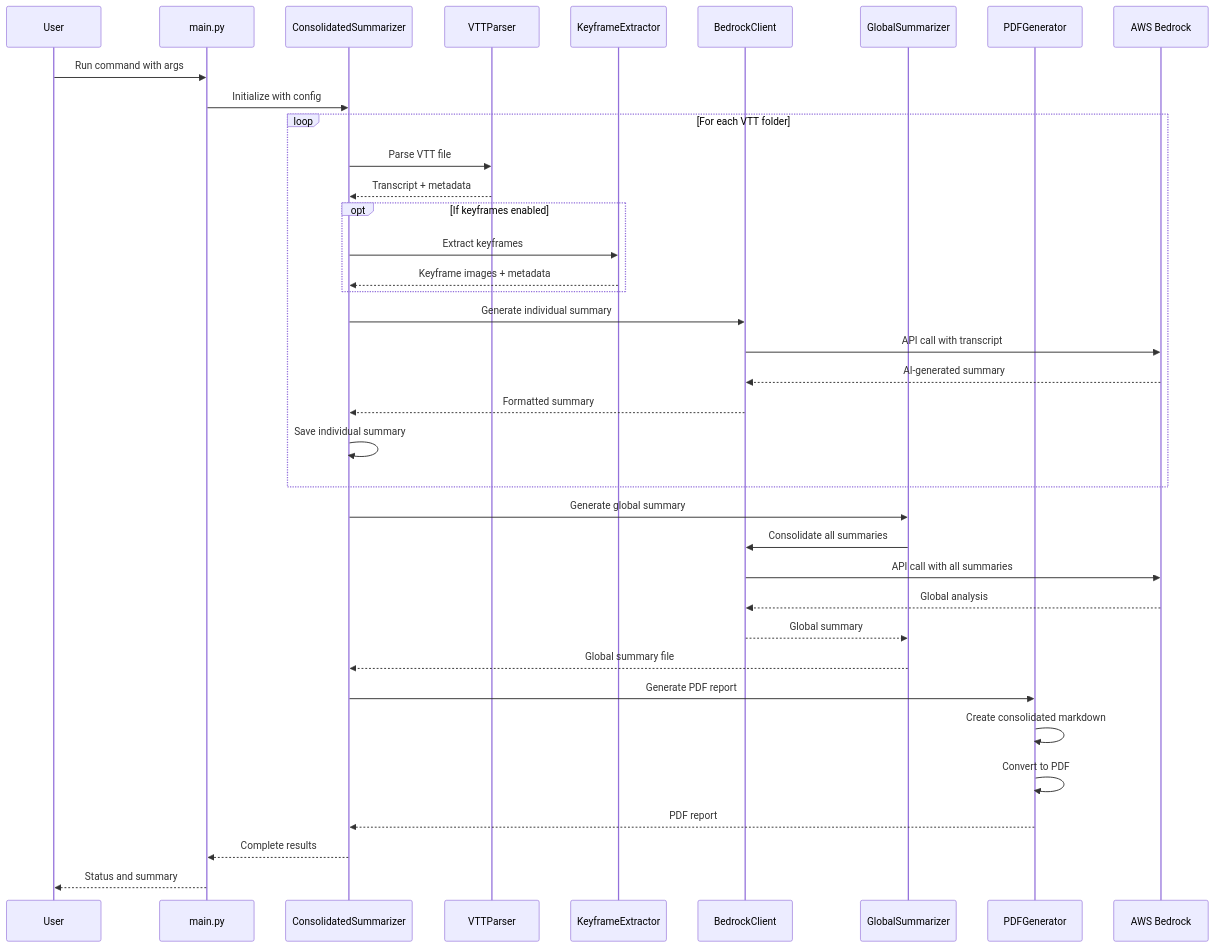
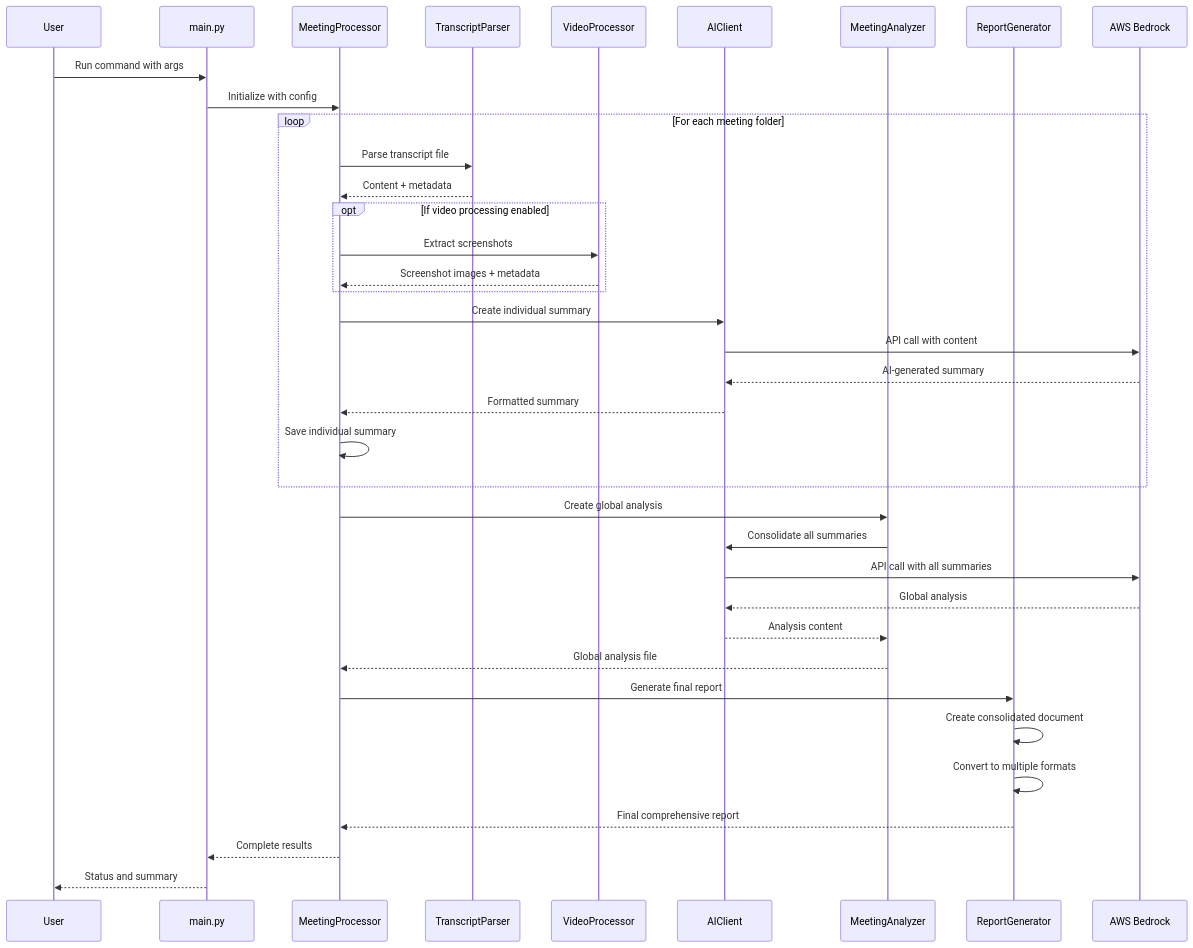
Before and after one commit to jogule/ms-teams-summarizer: the third of 4 diagrams in architecture.md, drawn with Mermaid. The commit also changed other lines of this file and 12 other files, not shown here.

First line of the commit message:
Implement transcript parsing, template building, and video processing for meeting summaries

````diff
--- a/architecture.md
+++ b/architecture.md
@@ -170,47 +170,47 @@
 ```mermaid
 sequenceDiagram
     participant USER as User
     participant MAIN as main.py
-    participant CONS as ConsolidatedSummarizer
-    participant VTT as VTTParser
-    participant KEY as KeyframeExtractor
-    participant BED as BedrockClient
-    participant GLOB as GlobalSummarizer
-    participant PDF as PDFGenerator
+    participant PROC as MeetingProcessor
+    participant TRANS as TranscriptParser
+    participant VIDEO as VideoProcessor
+    participant AI as AIClient
+    participant ANALYZER as MeetingAnalyzer
+    participant REPORT as ReportGenerator
     participant AWS as AWS Bedrock
     
     USER->>MAIN: Run command with args
-    MAIN->>CONS: Initialize with config
+    MAIN->>PROC: Initialize with config
     
-    loop For each VTT folder
-        CONS->>VTT: Parse VTT file
-        VTT-->>CONS: Transcript + metadata
+    loop For each meeting folder
+        PROC->>TRANS: Parse transcript file
+        TRANS-->>PROC: Content + metadata
         
-        opt If keyframes enabled
-            CONS->>KEY: Extract keyframes
-            KEY-->>CONS: Keyframe images + metadata
+        opt If video processing enabled
+            PROC->>VIDEO: Extract screenshots
+            VIDEO-->>PROC: Screenshot images + metadata
         end
         
-        CONS->>BED: Generate individual summary
-        BED->>AWS: API call with transcript
-        AWS-->>BED: AI-generated summary
-        BED-->>CONS: Formatted summary
+        PROC->>AI: Create individual summary
+        AI->>AWS: API call with content
+        AWS-->>AI: AI-generated summary
+        AI-->>PROC: Formatted summary
         
-        CONS->>CONS: Save individual summary
+        PROC->>PROC: Save individual summary
     end
     
-    CONS->>GLOB: Generate global summary
-    GLOB->>BED: Consolidate all summaries
-    BED->>AWS: API call with all summaries
-    AWS-->>BED: Global analysis
-    BED-->>GLOB: Global summary
-    GLOB-->>CONS: Global summary file
+    PROC->>ANALYZER: Create global analysis
+    ANALYZER->>AI: Consolidate all summaries
+    AI->>AWS: API call with all summaries
+    AWS-->>AI: Global analysis
+    AI-->>ANALYZER: Analysis content
+    ANALYZER-->>PROC: Global analysis file
     
-    CONS->>PDF: Generate PDF report
-    PDF->>PDF: Create consolidated markdown
-    PDF->>PDF: Convert to PDF
-    PDF-->>CONS: PDF report
+    PROC->>REPORT: Generate final report
+    REPORT->>REPORT: Create consolidated document
+    REPORT->>REPORT: Convert to multiple formats
+    REPORT-->>PROC: Final comprehensive report
     
-    CONS-->>MAIN: Complete results
+    PROC-->>MAIN: Complete results
     MAIN-->>USER: Status and summary
 ```
````
